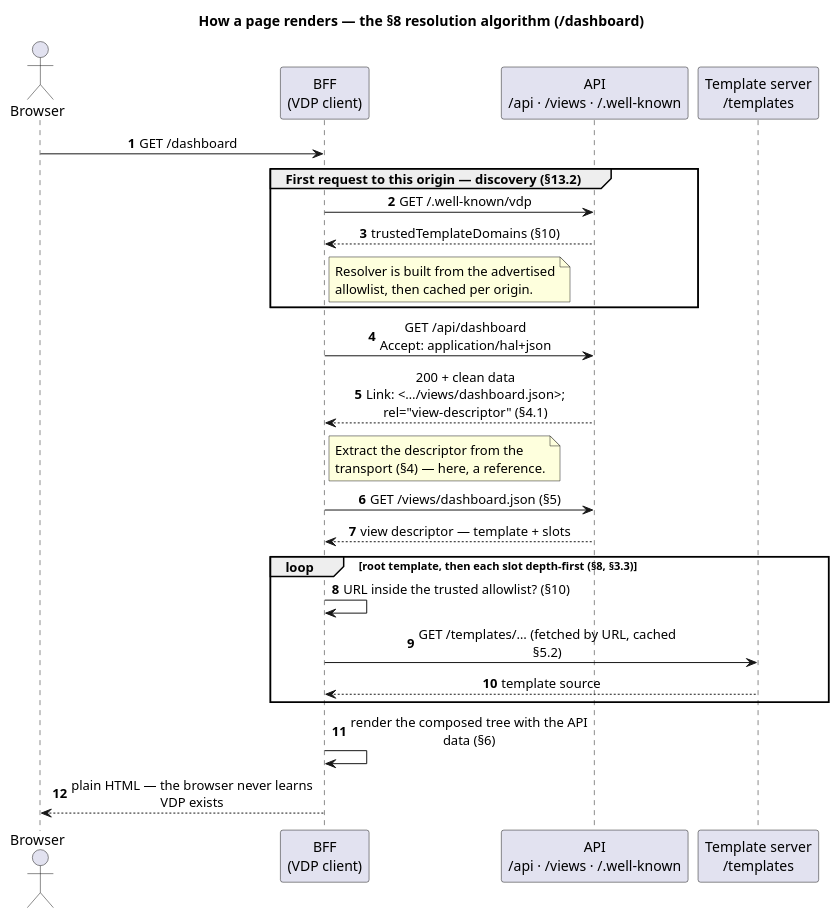
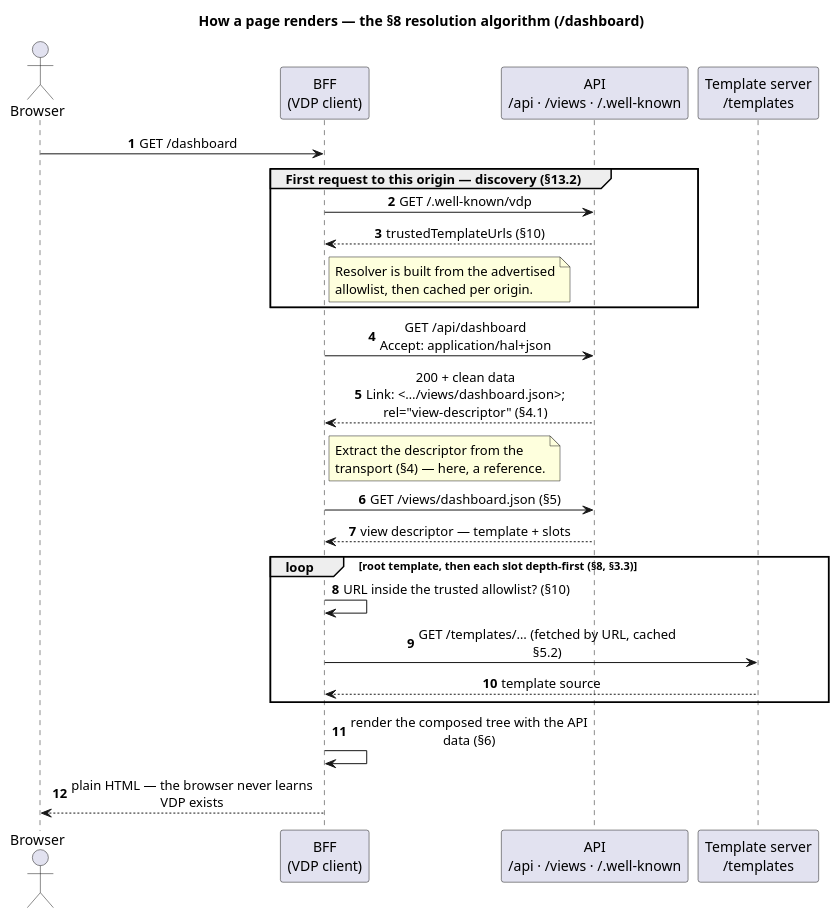
The diagram in docs/diagrams/_render-page.iuml (ViewDescriptorProtocol/golang-vdp-demo), drawn with PlantUML before and after one commit. The commit also changed 18 other files, not shown here.

```diff
--- a/docs/diagrams/_render-page.iuml
+++ b/docs/diagrams/_render-page.iuml
@@ -1,38 +1,38 @@
 ' Shared body for render-page (light + dark wrappers include this).
 ' Colours and background live in the wrappers; structure lives here.
 title How a page renders — the §8 resolution algorithm (/dashboard)
 
 skinparam shadowing false
 skinparam sequenceMessageAlign center
 skinparam maxMessageSize 260
 autonumber
 
 actor Browser
 participant "BFF\n(VDP client)" as BFF
 participant "API\n/api · /views · /.well-known" as API
 participant "Template server\n/templates" as TS
 
 Browser -> BFF : GET /dashboard
 
 group First request to this origin — discovery (§13.2)
   BFF -> API : GET /.well-known/vdp
-  API --> BFF : trustedTemplateDomains (§10)
+  API --> BFF : trustedTemplateUrls (§10)
   note right of BFF : Resolver is built from the advertised\nallowlist, then cached per origin.
 end
 
 BFF -> API : GET /api/dashboard\nAccept: application/hal+json
 API --> BFF : 200 + clean data\nLink: <…/views/dashboard.json>; rel="view-descriptor" (§4.1)
 
 note right of BFF : Extract the descriptor from the\ntransport (§4) — here, a reference.
 
 BFF -> API : GET /views/dashboard.json (§5)
 API --> BFF : view descriptor — template + slots
 
 loop root template, then each slot depth-first (§8, §3.3)
   BFF -> BFF : URL inside the trusted allowlist? (§10)
   BFF -> TS : GET /templates/… (fetched by URL, cached §5.2)
   TS --> BFF : template source
 end
 
 BFF -> BFF : render the composed tree with the API data (§6)
 BFF --> Browser : plain HTML — the browser never learns VDP exists
```
